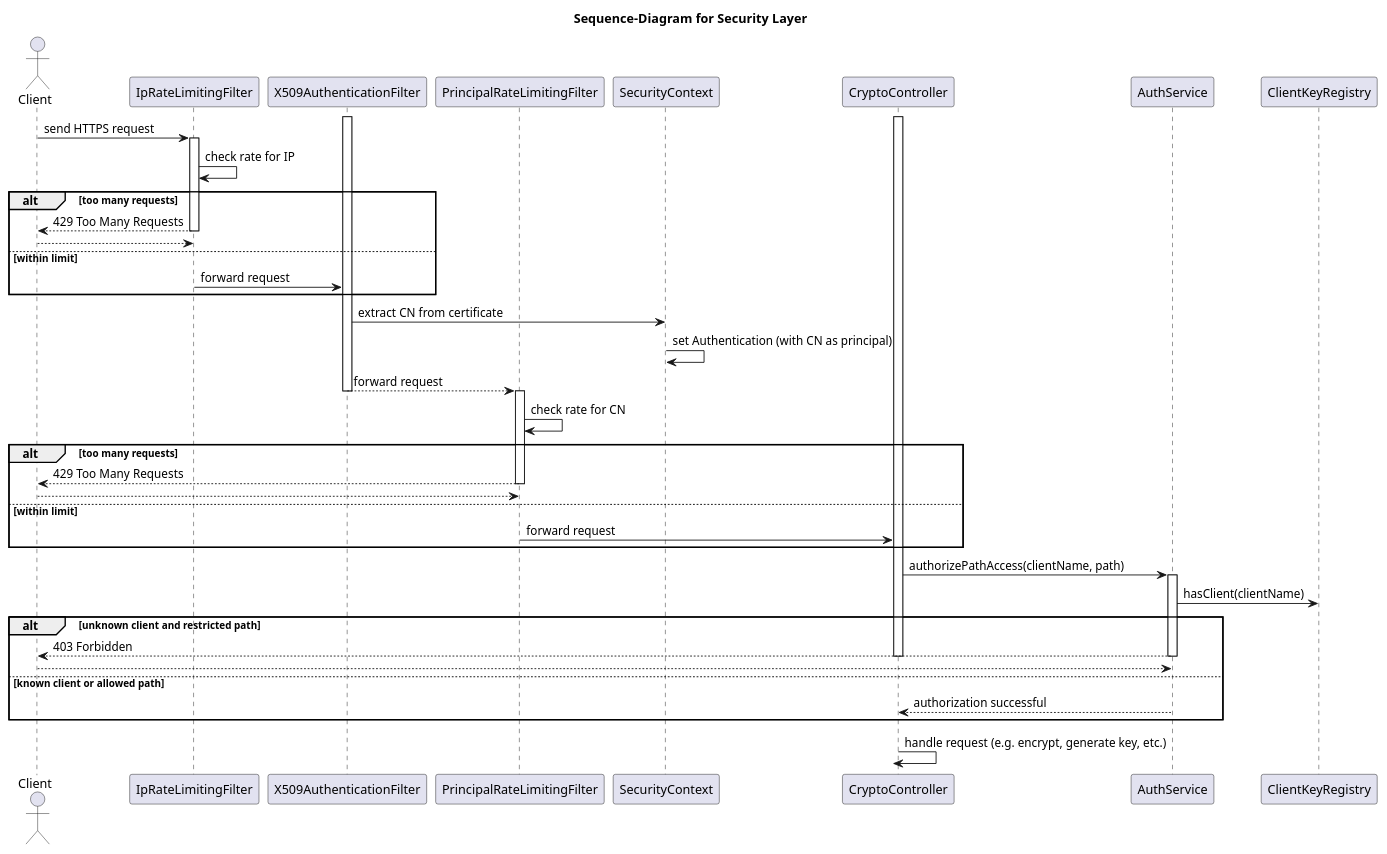
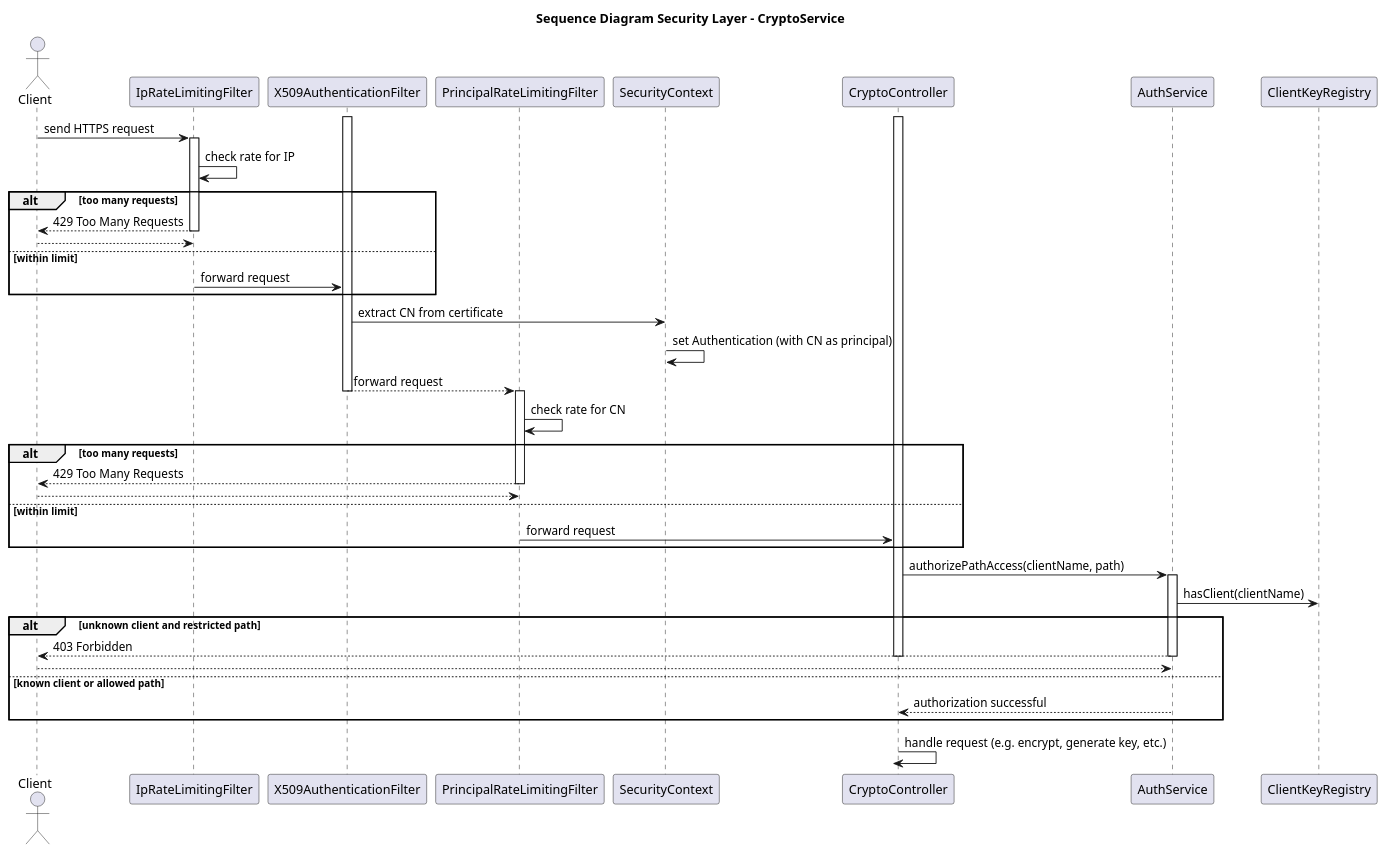
The diagram in documentation/cryptoservice/uml/sequence-diagramm/exact/sequence-diagram-security-layer.puml (Marcey1611/Crypto-Microservice), drawn with PlantUML before and after one commit. The commit also changed 23 other files, not shown here.

```diff
--- a/documentation/cryptoservice/uml/sequence-diagramm/exact/sequence-diagram-security-layer.puml
+++ b/documentation/cryptoservice/uml/sequence-diagramm/exact/sequence-diagram-security-layer.puml
@@ -1,60 +1,60 @@
 @startuml
 
-title Sequence-Diagram for Security Layer
+title Sequence Diagram Security Layer - CryptoService
 
 actor Client
 participant IpRateLimitingFilter
 participant X509AuthenticationFilter
 participant PrincipalRateLimitingFilter
 participant SecurityContext
 participant CryptoController
 participant AuthService
 participant ClientKeyRegistry
 
 Client -> IpRateLimitingFilter : send HTTPS request
 activate IpRateLimitingFilter
 IpRateLimitingFilter -> IpRateLimitingFilter : check rate for IP
 alt too many requests
     IpRateLimitingFilter --> Client : 429 Too Many Requests
     deactivate IpRateLimitingFilter
     return
 else within limit
     IpRateLimitingFilter -> X509AuthenticationFilter : forward request
     deactivate IpRateLimitingFilter
 end
 
 activate X509AuthenticationFilter
 X509AuthenticationFilter -> SecurityContext : extract CN from certificate
 SecurityContext -> SecurityContext : set Authentication (with CN as principal)
 X509AuthenticationFilter --> PrincipalRateLimitingFilter : forward request
 deactivate X509AuthenticationFilter
 
 activate PrincipalRateLimitingFilter
 PrincipalRateLimitingFilter -> PrincipalRateLimitingFilter : check rate for CN
 alt too many requests
     PrincipalRateLimitingFilter --> Client : 429 Too Many Requests
     deactivate PrincipalRateLimitingFilter
     return
 else within limit
     PrincipalRateLimitingFilter -> CryptoController : forward request
     deactivate PrincipalRateLimitingFilter
 end
 
 activate CryptoController
 CryptoController -> AuthService : authorizePathAccess(clientName, path)
 activate AuthService
 AuthService -> ClientKeyRegistry : hasClient(clientName)
 alt unknown client and restricted path
     AuthService --> Client : 403 Forbidden
     deactivate AuthService
     deactivate CryptoController
     return
 else known client or allowed path
     AuthService --> CryptoController : authorization successful
 end
 deactivate AuthService
 
 CryptoController -> CryptoController : handle request (e.g. encrypt, generate key, etc.)
 deactivate CryptoController
 
 @enduml
```
